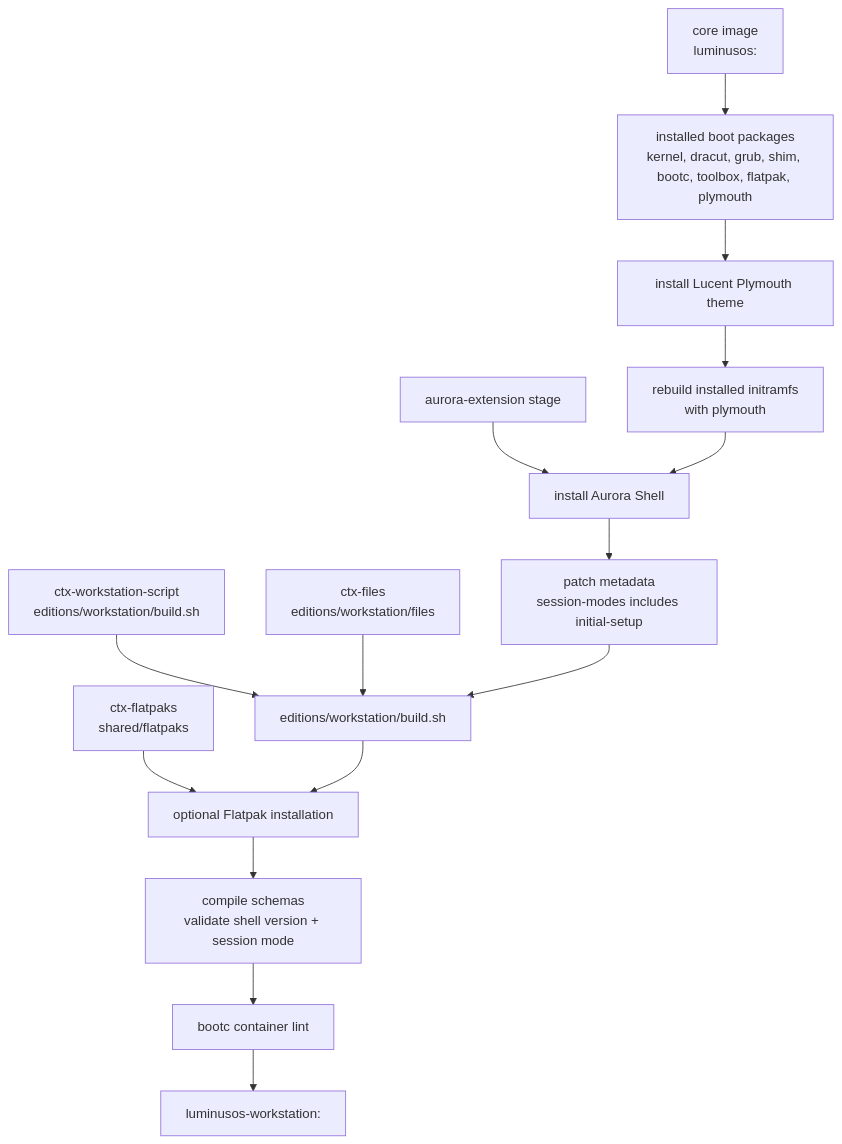
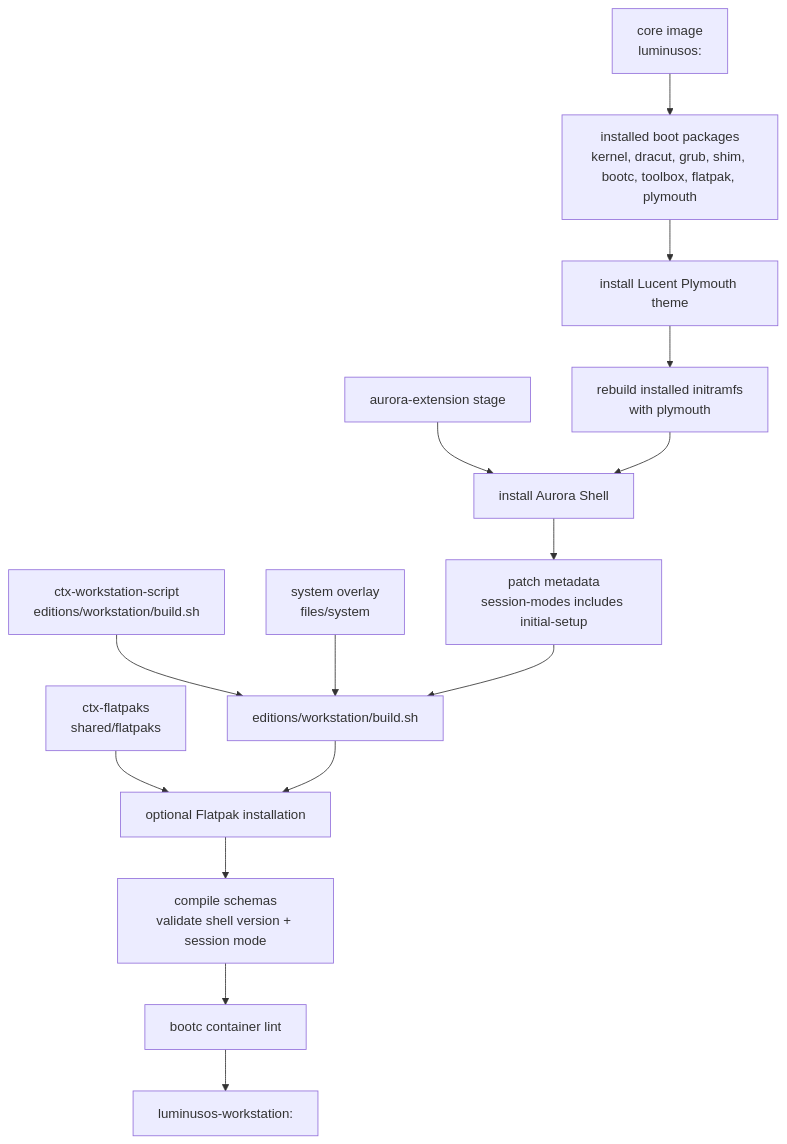
One commit to luminusOS/images changed the fourth of 14 diagrams in ARCHITECTURE.md. Above: the diagram before and after it, drawn with Mermaid. The commit also changed other lines of this file and 80 other files, not shown here.

````diff
--- a/ARCHITECTURE.md
+++ b/ARCHITECTURE.md
@@ -208,25 +219,25 @@
 ```mermaid
 flowchart TD
     ScriptCtx["ctx-workstation-script<br/>editions/workstation/build.sh"]
     FlatpakCtx["ctx-flatpaks<br/>shared/flatpaks"]
-    FilesCtx["ctx-files<br/>editions/workstation/files"]
+    FilesCtx["system overlay<br/>files/system"]
     AuroraStage["aurora-extension stage"]
     CoreImage["core image<br/>luminusos:<tag>"]
     BootPkgs["installed boot packages<br/>kernel, dracut, grub, shim, bootc, toolbox, flatpak, plymouth"]
     Plymouth["install Lucent Plymouth theme"]
     Dracut["rebuild installed initramfs<br/>with plymouth"]
     CopyAurora["install Aurora Shell"]
     PatchAurora["patch metadata<br/>session-modes includes initial-setup"]
     GnomeBuild["editions/workstation/build.sh"]
     Flatpaks["optional Flatpak installation"]
     ValidateAurora["compile schemas<br/>validate shell version + session mode"]
     Lint["bootc container lint"]
     Output["luminusos-workstation:<tag>"]
 
     ScriptCtx --> GnomeBuild
     FilesCtx --> GnomeBuild
     FlatpakCtx --> Flatpaks
     AuroraStage --> CopyAurora
     CoreImage --> BootPkgs --> Plymouth --> Dracut --> CopyAurora --> PatchAurora --> GnomeBuild
     GnomeBuild --> Flatpaks --> ValidateAurora --> Lint --> Output
 ```
````
